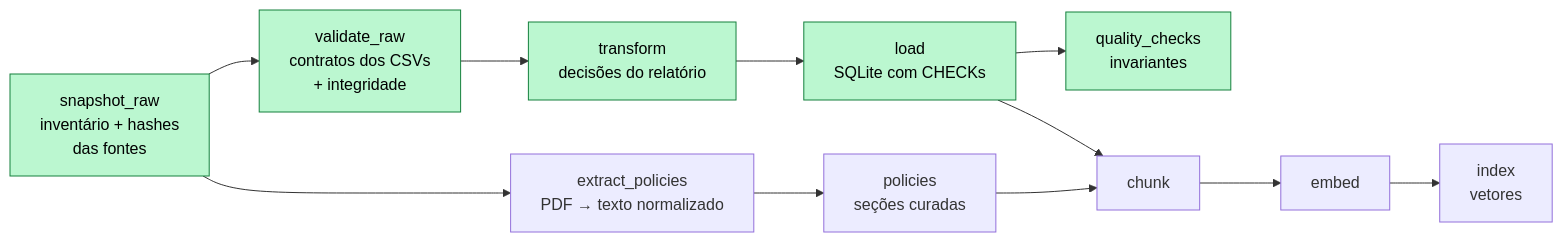
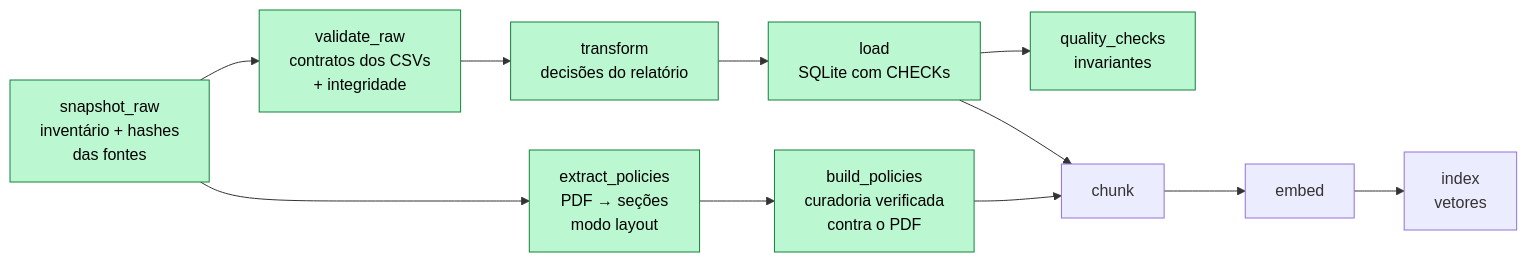
The seventh of 12 diagrams in README.md (RonildoSilva/ai-engineer-challenge), drawn with Mermaid before and after one commit. The commit also changed other lines of this file and 18 other files, not shown here.

First line of the commit message:
feat(policies): extração do manual, curadoria versionada e verificada, e busca por assunto

````diff
--- a/README.md
+++ b/README.md
@@ -247,9 +252,9 @@
 ```mermaid
 flowchart LR
     S[snapshot_raw<br/>inventário + hashes<br/>das fontes]:::done --> V[validate_raw<br/>contratos dos CSVs<br/>+ integridade]:::done
     V --> T[transform<br/>decisões do relatório]:::done --> L[load<br/>SQLite com CHECKs]:::done --> Q[quality_checks<br/>invariantes]:::done
-    S --> PE[extract_policies<br/>PDF → texto normalizado] --> PS[policies<br/>seções curadas]
+    S --> PE[extract_policies<br/>PDF → seções<br/>modo layout]:::done --> PS[build_policies<br/>curadoria verificada<br/>contra o PDF]:::done
     L --> C[chunk] --> E[embed] --> I[index<br/>vetores]
     PS --> C
     classDef done fill:#bbf7d0,stroke:#15803d,color:#000
 ```
````
